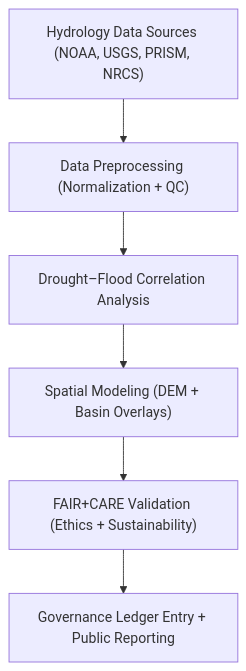
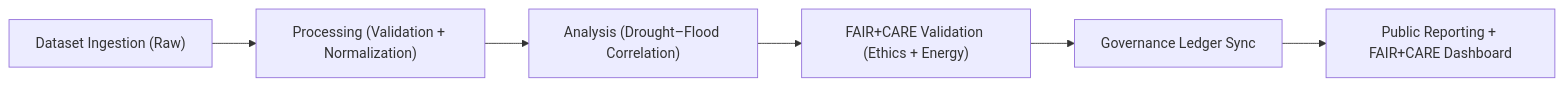
The second of 2 diagrams in docs/analyses/hydrology/README.md (bartytime4life/Kansas-Frontier-Matrix), drawn with Mermaid before and after one commit. The commit also changed other lines of this file, not shown here.

First line of the commit message:
Update hydrology README for version 10.1.0

````diff
--- a/docs/analyses/hydrology/README.md
+++ b/docs/analyses/hydrology/README.md
@@ -74,8 +161,8 @@
 ```mermaid
-flowchart TD
-A["Hydrology Data Sources (NOAA, USGS, PRISM, NRCS)"] --> B["Data Preprocessing (Normalization + QC)"]
-B --> C["Drought–Flood Correlation Analysis"]
-C --> D["Spatial Modeling (DEM + Basin Overlays)"]
-D --> E["FAIR+CARE Validation (Ethics + Sustainability)"]
-E --> F["Governance Ledger Entry + Public Reporting"]
+flowchart LR
+A["Dataset Ingestion (Raw)"] --> B["Processing (Validation + Normalization)"]
+B --> C["Analysis (Drought–Flood Correlation)"]
+C --> D["FAIR+CARE Validation (Ethics + Energy)"]
+D --> E["Governance Ledger Sync"]
+E --> F["Public Reporting + FAIR+CARE Dashboard"]
 ```
````
